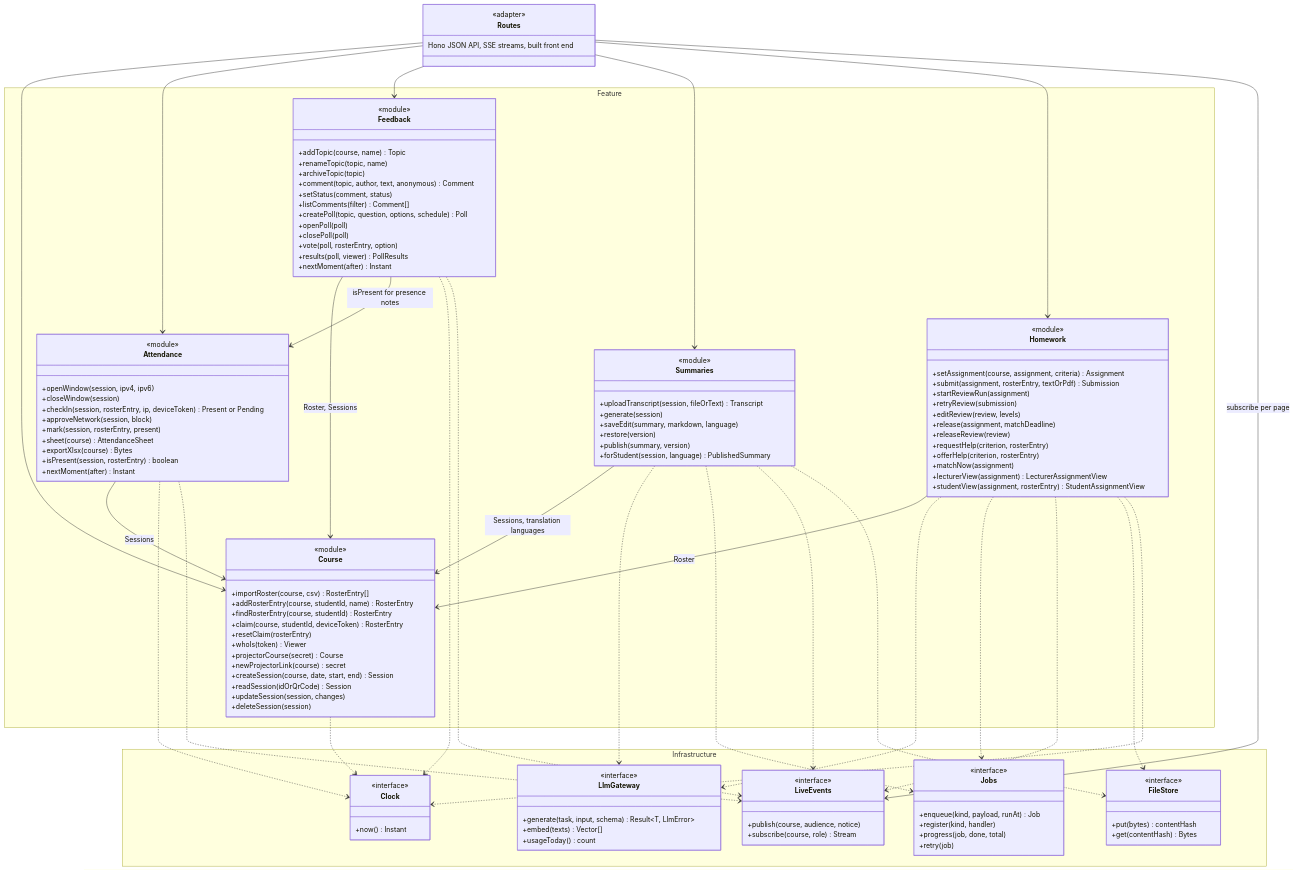
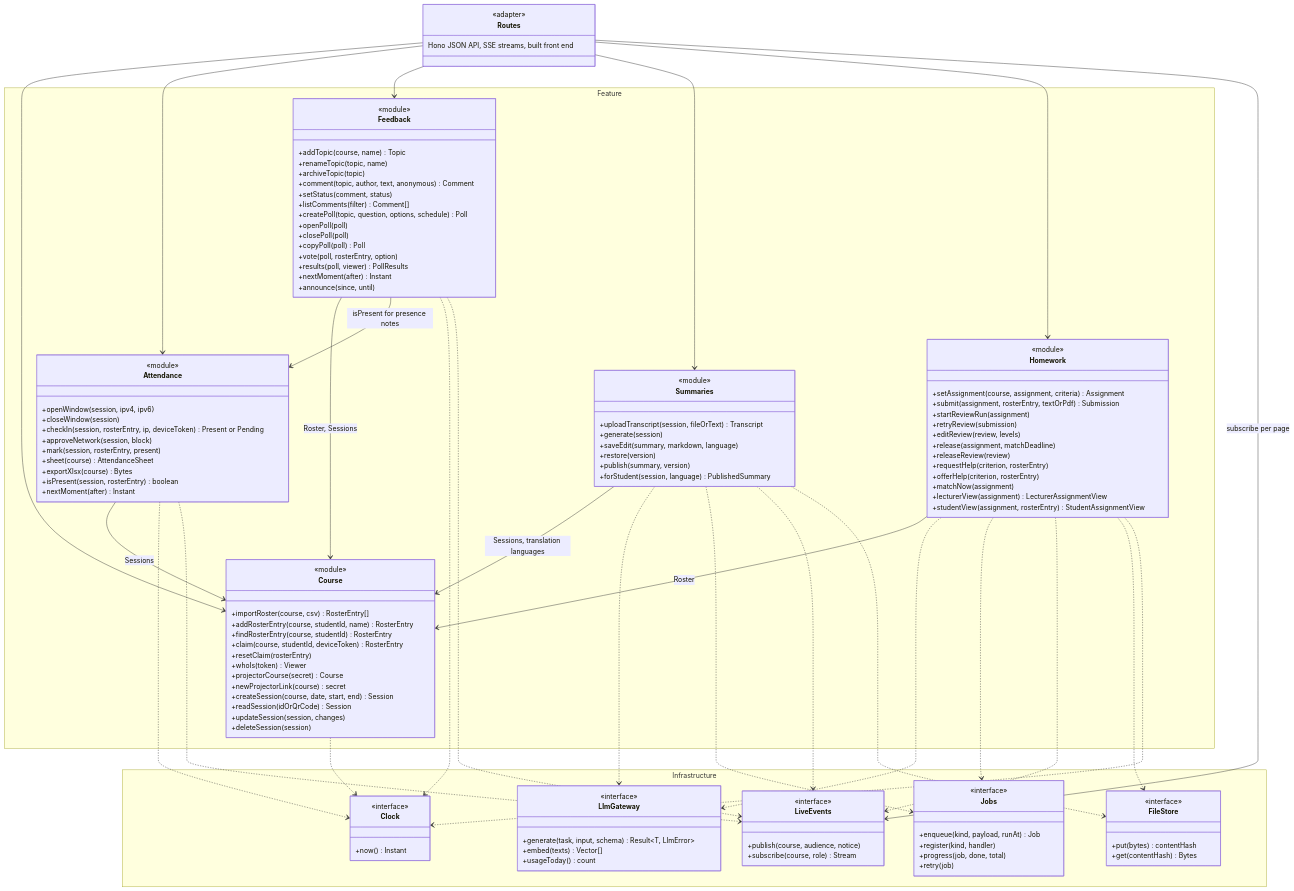
Before and after one commit to ofeq-dev/class-connect: the first of 7 diagrams in docs/diagrams/class-diagram.md, drawn with Mermaid. The commit also changed other lines of this file and 1 other file, not shown here.

Commit message:
Record Polls' close_after_minutes, copyPoll and announce in the diagrams

```diff
--- a/docs/diagrams/class-diagram.md
+++ b/docs/diagrams/class-diagram.md
@@ -56,9 +56,11 @@
       +createPoll(topic, question, options, schedule) Poll
       +openPoll(poll)
       +closePoll(poll)
+      +copyPoll(poll) Poll
       +vote(poll, rosterEntry, option)
       +results(poll, viewer) PollResults
       +nextMoment(after) Instant
+      +announce(since, until)
     }
     class Summaries {
       <<module>>
```
